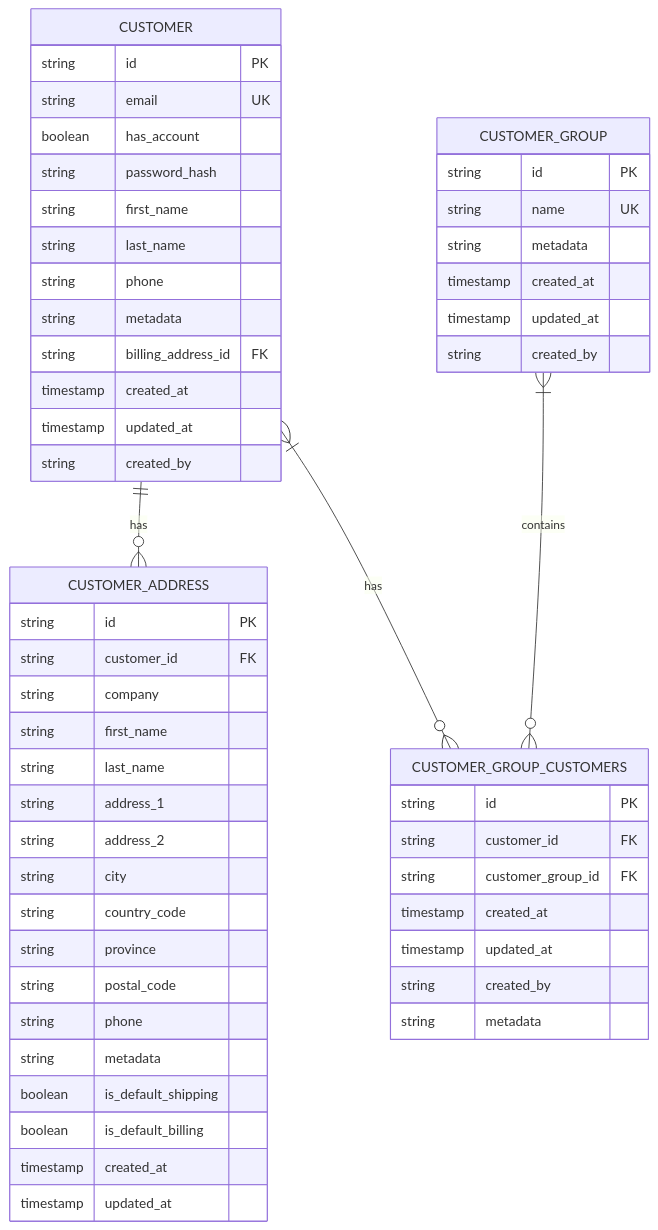
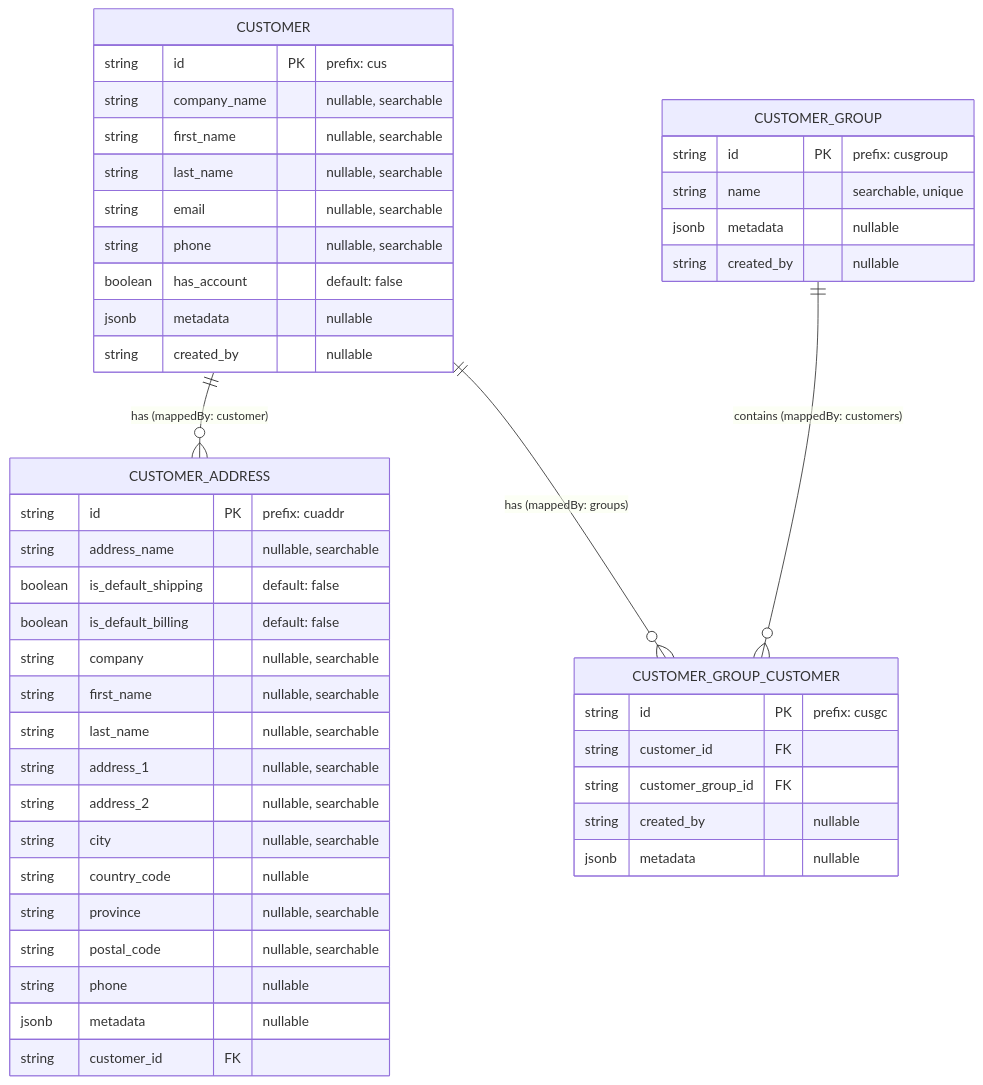
Before and after one commit to caocuong2404/medusa-architecture: the diagram in customer.mermaid, drawn with Mermaid.

```diff
--- a/customer.mermaid
+++ b/customer.mermaid
@@ -1,58 +1,50 @@
 erDiagram
     CUSTOMER {
-        string id PK
-        string email UK
-        boolean has_account
-        string password_hash
-        string first_name
-        string last_name
-        string phone
-        string metadata
-        string billing_address_id FK
-        timestamp created_at
-        timestamp updated_at
-        string created_by
+        string id PK "prefix: cus"
+        string company_name "nullable, searchable"
+        string first_name "nullable, searchable"
+        string last_name "nullable, searchable"
+        string email "nullable, searchable"
+        string phone "nullable, searchable"
+        boolean has_account "default: false"
+        jsonb metadata "nullable"
+        string created_by "nullable"
+    }
+    
+    CUSTOMER_ADDRESS {
+        string id PK "prefix: cuaddr"
+        string address_name "nullable, searchable"
+        boolean is_default_shipping "default: false"
+        boolean is_default_billing "default: false"
+        string company "nullable, searchable"
+        string first_name "nullable, searchable"
+        string last_name "nullable, searchable"
+        string address_1 "nullable, searchable"
+        string address_2 "nullable, searchable"
+        string city "nullable, searchable"
+        string country_code "nullable"
+        string province "nullable, searchable"
+        string postal_code "nullable, searchable"
+        string phone "nullable"
+        jsonb metadata "nullable"
+        string customer_id FK
     }
     
     CUSTOMER_GROUP {
-        string id PK
-        string name UK
-        string metadata
-        timestamp created_at
-        timestamp updated_at
-        string created_by
+        string id PK "prefix: cusgroup"
+        string name "searchable, unique"
+        jsonb metadata "nullable"
+        string created_by "nullable"
     }
     
-    CUSTOMER_GROUP_CUSTOMERS {
-        string id PK
+    CUSTOMER_GROUP_CUSTOMER {
+        string id PK "prefix: cusgc"
         string customer_id FK
         string customer_group_id FK
-        timestamp created_at
-        timestamp updated_at
-        string created_by
-        string metadata
+        string created_by "nullable"
+        jsonb metadata "nullable"
     }
     
-    CUSTOMER_ADDRESS {
-        string id PK
-        string customer_id FK
-        string company
-        string first_name
-        string last_name
-        string address_1
-        string address_2
-        string city
-        string country_code
-        string province
-        string postal_code
-        string phone
-        string metadata
-        boolean is_default_shipping
-        boolean is_default_billing
-        timestamp created_at
-        timestamp updated_at
-    }
-    
-    CUSTOMER ||--o{ CUSTOMER_ADDRESS : has
-    CUSTOMER }|--o{ CUSTOMER_GROUP_CUSTOMERS : has
-    CUSTOMER_GROUP }|--o{ CUSTOMER_GROUP_CUSTOMERS : contains
+    CUSTOMER ||--o{ CUSTOMER_ADDRESS : "has (mappedBy: customer)"
+    CUSTOMER ||--o{ CUSTOMER_GROUP_CUSTOMER : "has (mappedBy: groups)"
+    CUSTOMER_GROUP ||--o{ CUSTOMER_GROUP_CUSTOMER : "contains (mappedBy: customers)"
```
